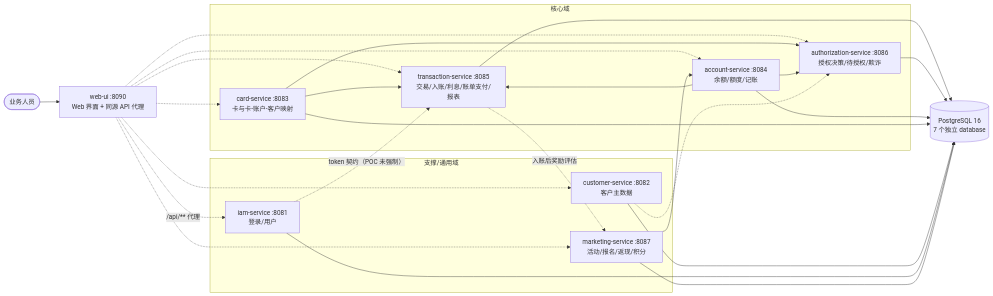
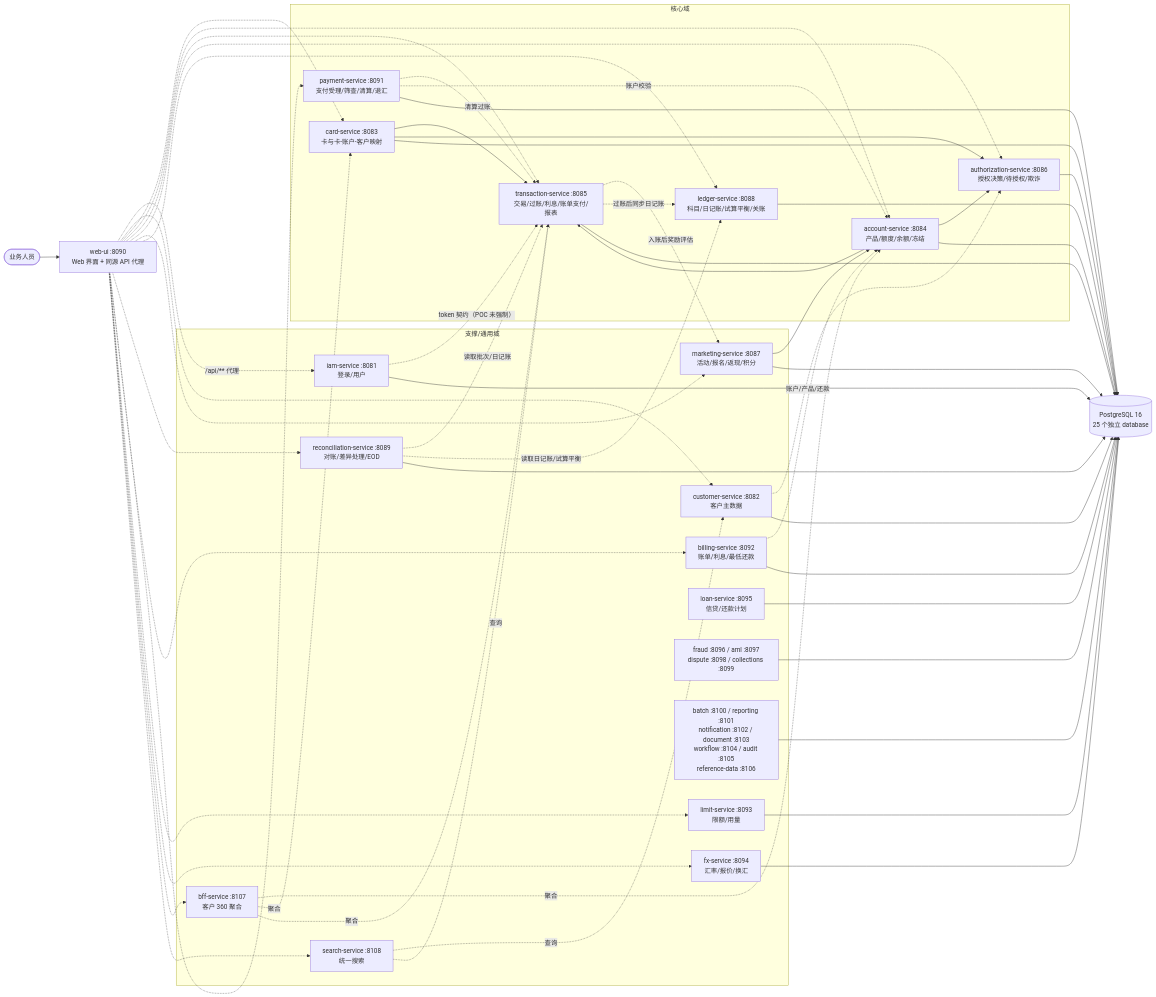
One commit to JeffyLiu003/carddemo-java-1025 changed the diagram in README.md. Above: the diagram before and after it, drawn with Mermaid. The commit also changed other lines of this file and 816 other files, not shown here.

````diff
--- a/README.md
+++ b/README.md
@@ -10,39 +10,78 @@
 ```mermaid
 graph LR
     USER([业务人员]) --> WEB[web-ui :8090<br/>Web 界面 + 同源 API 代理]
     subgraph 核心域
-      TXN[transaction-service :8085<br/>交易/入账/利息/账单支付/报表]
+      TXN[transaction-service :8085<br/>交易/过账/利息/账单支付/报表]
+      LEDGER[ledger-service :8088<br/>科目/日记账/试算平衡/关账]
+      PAY[payment-service :8091<br/>支付受理/筛查/清算/退汇]
       AUTH[authorization-service :8086<br/>授权决策/待授权/欺诈]
-      ACCT[account-service :8084<br/>余额/额度/记账]
+      ACCT[account-service :8084<br/>产品/额度/余额/冻结]
       CARD[card-service :8083<br/>卡与卡-账户-客户映射]
     end
     subgraph 支撑/通用域
       CUST[customer-service :8082<br/>客户主数据]
       IAM[iam-service :8081<br/>登录/用户]
       MKT[marketing-service :8087<br/>活动/报名/返现/积分]
+      RECON[reconciliation-service :8089<br/>对账/差异处理/EOD]
+      BILL[billing-service :8092<br/>账单/利息/最低还款]
+      LIMIT[limit-service :8093<br/>限额/用量]
+      FX[fx-service :8094<br/>汇率/报价/换汇]
+      LENDING[loan-service :8095<br/>信贷/还款计划]
+      RISK[fraud :8096 / aml :8097<br/>dispute :8098 / collections :8099]
+      OPS[batch :8100 / reporting :8101<br/>notification :8102 / document :8103<br/>workflow :8104 / audit :8105<br/>reference-data :8106]
+      BFF[bff-service :8107<br/>客户 360 聚合]
+      SEARCH[search-service :8108<br/>统一搜索]
     end
-    DB[(PostgreSQL 16<br/>7 个独立 database)]
+    DB[(PostgreSQL 16<br/>25 个独立 database)]
 
     WEB -. /api/** 代理 .-> IAM
     WEB -.-> CUST
     WEB -.-> CARD
     WEB -.-> ACCT
     WEB -.-> TXN
     WEB -.-> AUTH
     WEB -.-> MKT
+    WEB -.-> LEDGER
+    WEB -.-> RECON
+    WEB -.-> PAY
+    WEB -.-> BILL
+    WEB -.-> LIMIT
+    WEB -.-> FX
+    WEB -.-> BFF
+    WEB -.-> SEARCH
     CARD --> TXN
     ACCT --> TXN
     CARD --> AUTH
     ACCT --> AUTH
     CUST -.-> AUTH
     IAM -. token 契约（POC 未强制） .-> TXN
     TXN -. 入账后奖励评估 .-> MKT
+    TXN -. 过账后同步日记账 .-> LEDGER
+    RECON -. 读取批次/日记账 .-> TXN
+    RECON -. 读取日记账/试算平衡 .-> LEDGER
+    PAY -. 清算过账 .-> TXN
+    PAY -. 账户校验 .-> ACCT
+    BILL -. 账户/产品/还款 .-> ACCT
+    BFF -. 聚合 .-> ACCT
+    BFF -. 聚合 .-> CARD
+    BFF -. 聚合 .-> TXN
+    SEARCH -. 查询 .-> CUST
+    SEARCH -. 查询 .-> TXN
     MKT --> ACCT
     TXN --> DB
+    LEDGER --> DB
+    RECON --> DB
+    PAY --> DB
+    BILL --> DB
+    LIMIT --> DB
+    FX --> DB
+    LENDING --> DB
+    RISK --> DB
+    OPS --> DB
     AUTH --> DB
     ACCT --> DB
     CARD --> DB
     CUST --> DB
     IAM --> DB
     MKT --> DB
 ```
````
